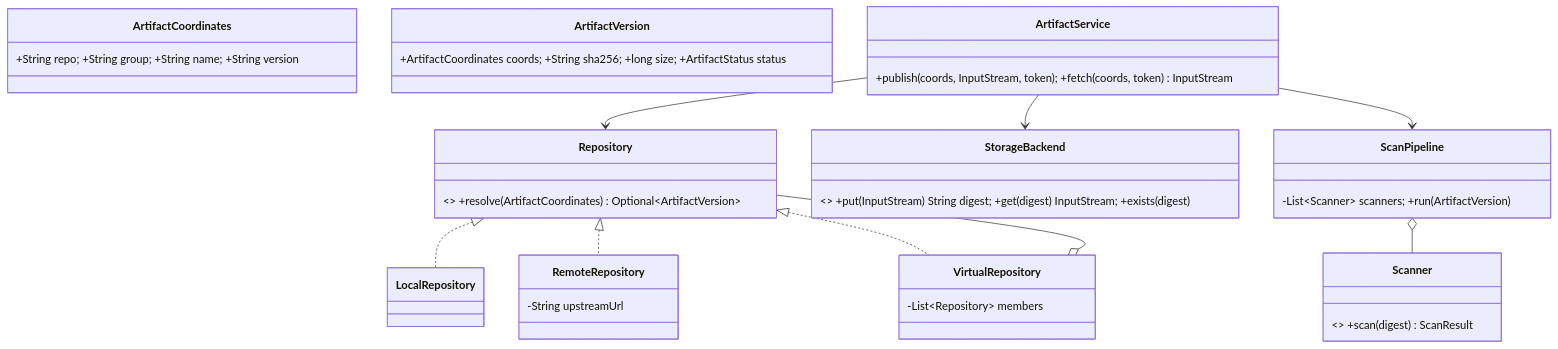
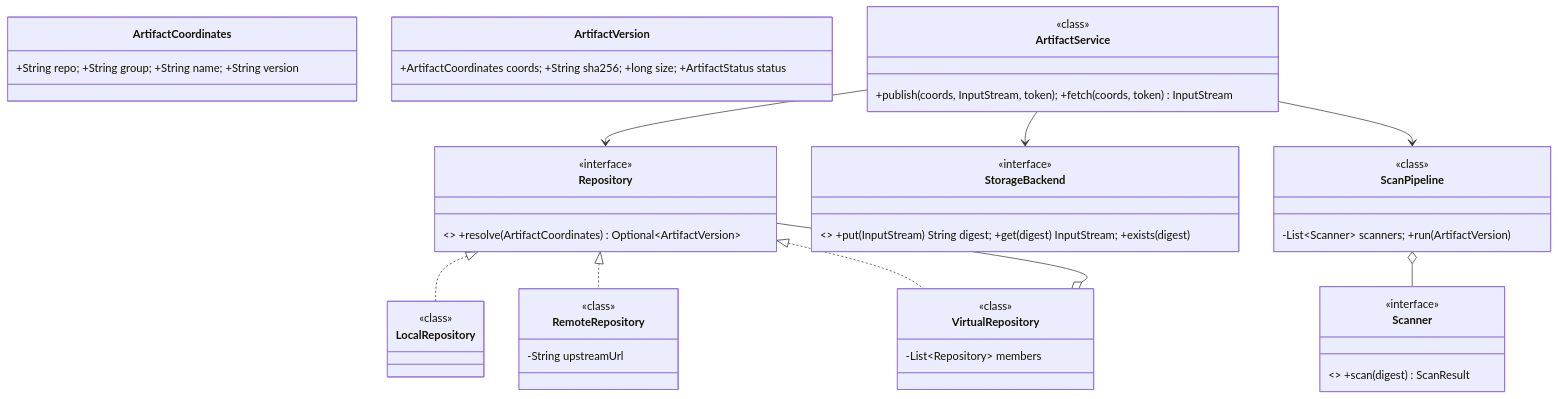
One commit to amarkum/amarkumar.guru changed the first of 2 diagrams in system-design/lld/08-artifact-repository.md. Above: the diagram before and after it, drawn with Mermaid. The commit also changed 27 other files, not shown here.

Commit message:
Label every UML type as interface, enumeration, abstract, record or class, add missing enums, and colour-code them.

````diff
--- a/system-design/lld/08-artifact-repository.md
+++ b/system-design/lld/08-artifact-repository.md
@@ -41,21 +41,44 @@
 ```mermaid
 classDiagram
     class Repository { <<interface>> +resolve(ArtifactCoordinates) Optional~ArtifactVersion~ }
-    class LocalRepository
+    class LocalRepository {
+      <<class>>
+    }
     class RemoteRepository { -String upstreamUrl }
     class VirtualRepository { -List~Repository~ members }
     class ArtifactCoordinates { +String repo; +String group; +String name; +String version }
     class ArtifactVersion { +ArtifactCoordinates coords; +String sha256; +long size; +ArtifactStatus status }
     class StorageBackend { <<interface>> +put(InputStream) String digest; +get(digest) InputStream; +exists(digest) }
     class Scanner { <<interface>> +scan(digest) ScanResult }
     class ScanPipeline { -List~Scanner~ scanners; +run(ArtifactVersion) }
     class ArtifactService { +publish(coords, InputStream, token); +fetch(coords, token) InputStream }
     Repository <|.. LocalRepository
     Repository <|.. RemoteRepository
     Repository <|.. VirtualRepository
     VirtualRepository o-- Repository
     ArtifactService --> Repository
     ArtifactService --> StorageBackend
     ArtifactService --> ScanPipeline
     ScanPipeline o-- Scanner
+    class Repository {
+      <<interface>>
+    }
+    class VirtualRepository {
+      <<class>>
+    }
+    class RemoteRepository {
+      <<class>>
+    }
+    class ArtifactService {
+      <<class>>
+    }
+    class ScanPipeline {
+      <<class>>
+    }
+    class Scanner {
+      <<interface>>
+    }
+    class StorageBackend {
+      <<interface>>
+    }
 ```
````
